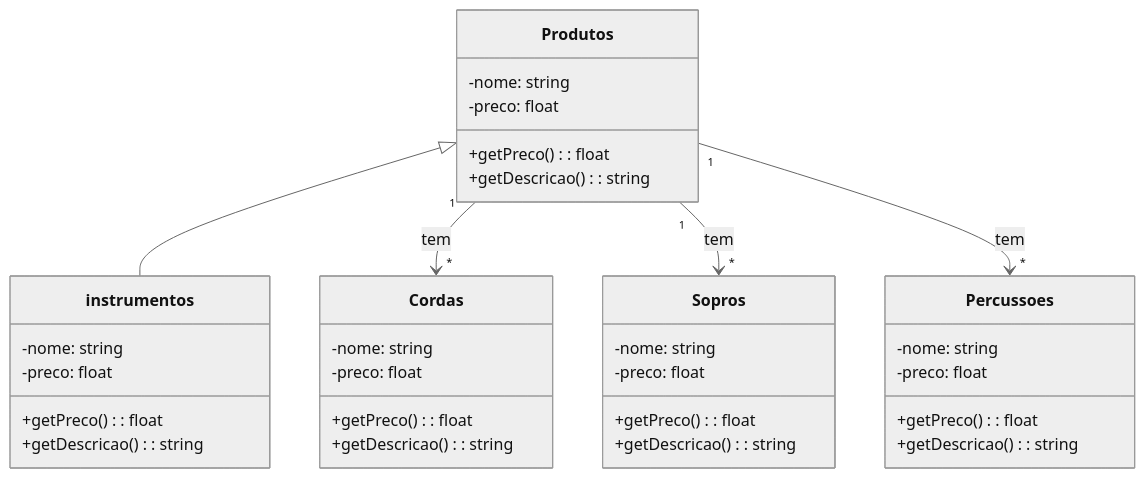
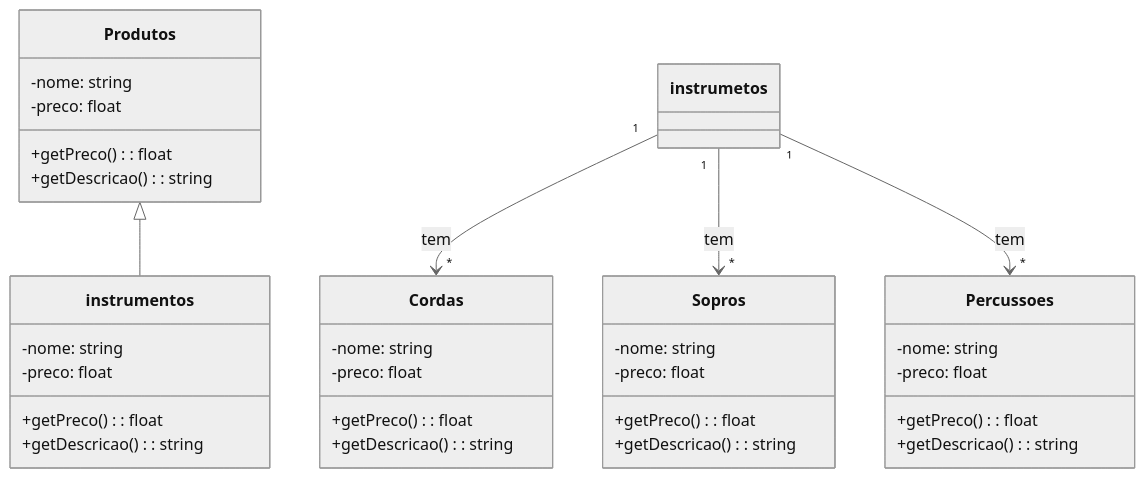
The diagram in README.md (LucasGabrielPaes/teste), drawn with Mermaid (neutral theme) before and after one commit.

````diff
--- a/README.md
+++ b/README.md
@@ -1,42 +1,42 @@
 ```mermaid
 classDiagram
   class Produtos {
      -nome: string
     -preco: float
     +getPreco(): float
     +getDescricao(): string
   }
 
 class instrumentos {
    -nome: string
     -preco: float
     +getPreco(): float
     +getDescricao(): string
 }
 
 
   class Cordas {
    -nome: string
     -preco: float
     +getPreco(): float
     +getDescricao(): string
 }
 
  class Sopros {
    -nome: string
     -preco: float
     +getPreco(): float
     +getDescricao(): string
 }
 
  class Percussoes {
    -nome: string
     -preco: float
     +getPreco(): float
     +getDescricao(): string
 }
 Produtos  <|-- instrumentos
-Produtos "1" --> "*" Cordas : tem
-Produtos "1" --> "*" Sopros : tem
-Produtos "1" --> "*" Percussoes : tem
+instrumetos "1" --> "*" Cordas : tem
+instrumetos "1" --> "*" Sopros : tem
+instrumetos "1" --> "*" Percussoes : tem
 ```
````
